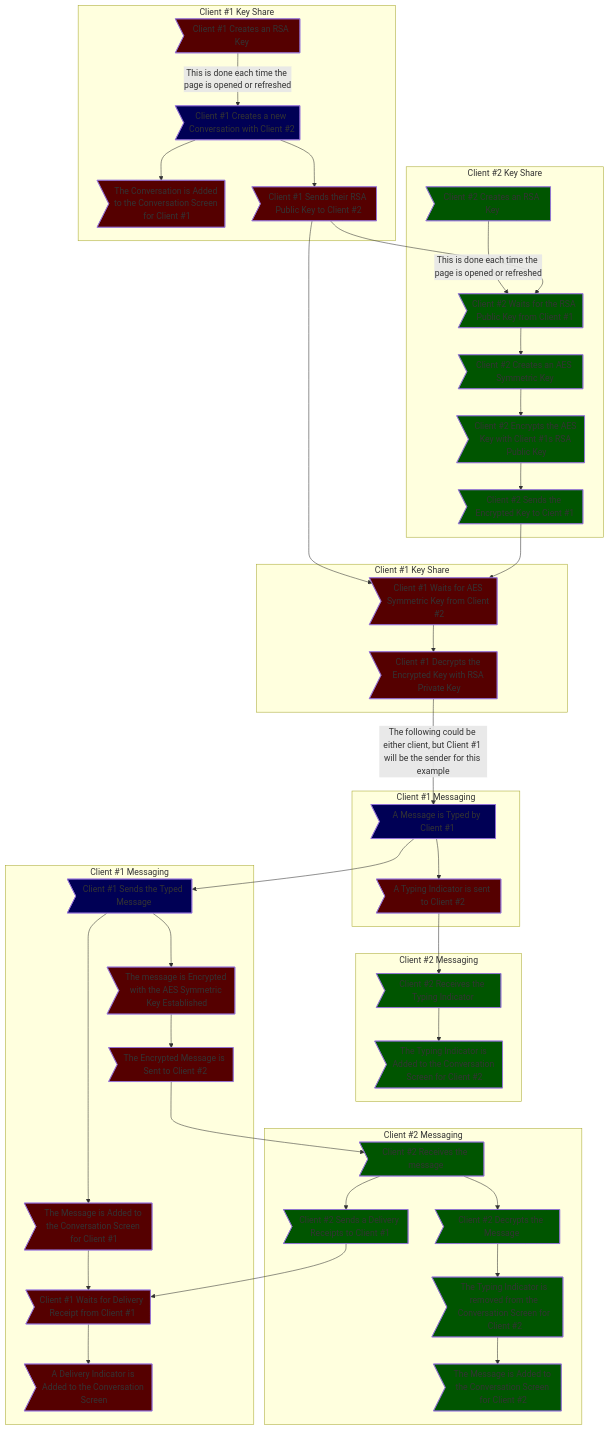
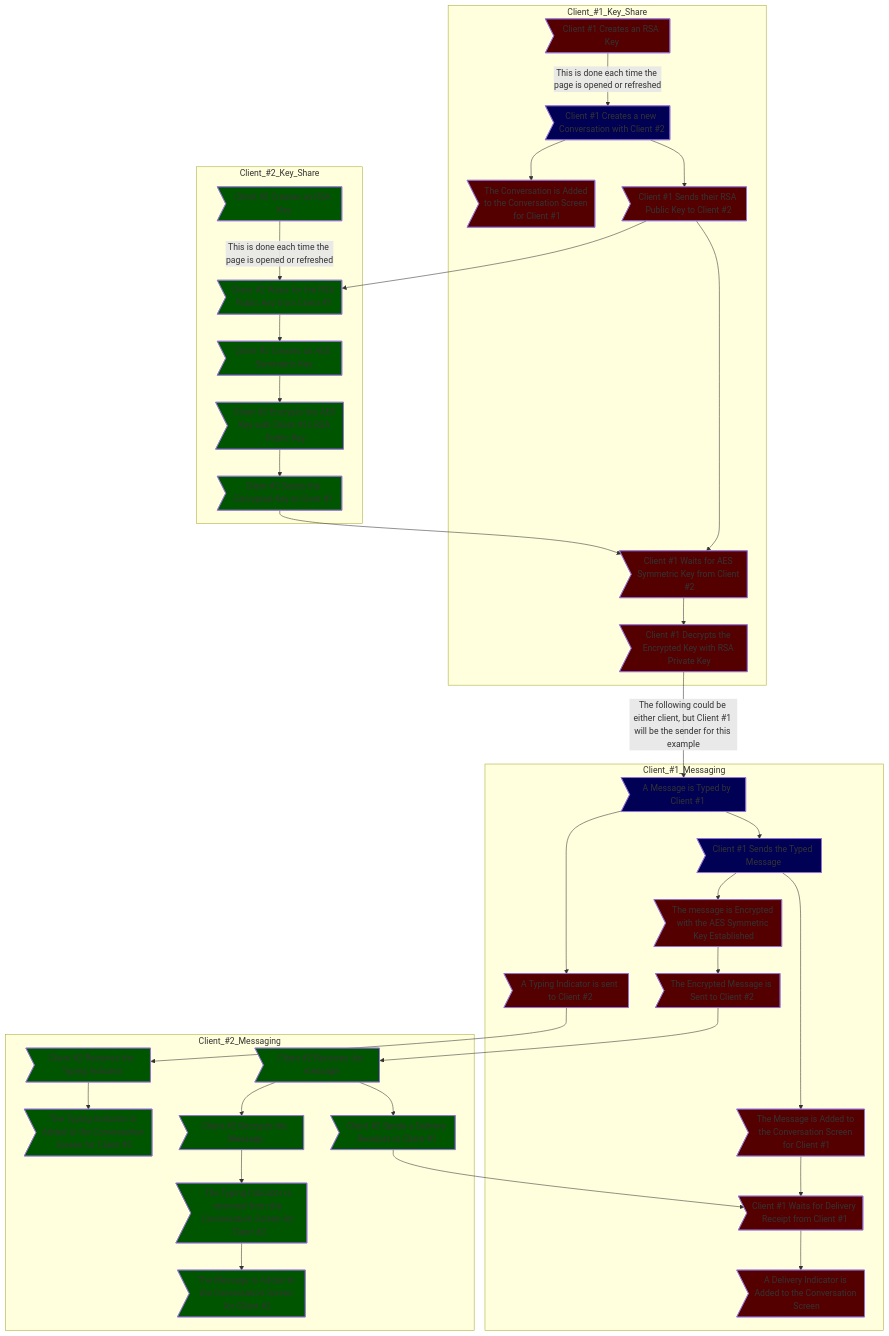
The diagram in README.md (xXCrash2BomberXx/TinyChat), drawn with Mermaid before and after one commit.

````diff
--- a/README.md
+++ b/README.md
@@ -95,51 +95,51 @@
 ```mermaid
 graph TB;
-  subgraph "Client #1 Key Share"
+  subgraph Client_#1_Key_Share
   A>Client #1 Creates an RSA Key] --> |This is done each time the page is opened or refreshed| B>Client #1 Creates a new Conversation with Client #2];
   B --> D>The Conversation is Added to the Conversation Screen for Client #1];
   B --> E>Client #1 Sends their RSA Public Key to Client #2];
   end
-  subgraph "Client #2 Key Share"
+  subgraph Client_#2_Key_Share
   F>Client #2 Creates an RSA Key] --> |This is done each time the page is opened or refreshed| G>Client #2 Waits for the RSA Public Key from Client #1];
   E --> G;
   G --> H>Client #2 Creates an AES Symmetric Key];
   H -->I>Client #2 Encrypts the AES Key with Client #1s RSA Public Key];
   I -->J>Client #2 Sends the Encrypted Key to Cient #1];
   end
-  subgraph "Client #1 Key Share"
+  subgraph Client_#1_Key_Share
   E --> K>Client #1 Waits for AES Symmetric Key from Client #2];
   J --> K;
   K --> L>Client #1 Decrypts the Encrypted Key with RSA Private Key];
   end
   L --> |The following could be either client, but Client #1 will be the sender for this example| M>A Message is Typed by Client #1];
-  subgraph "Client #1 Messaging"
+  subgraph Client_#1_Messaging
   M --> W>A Typing Indicator is sent to Client #2];
   end
-  subgraph "Client #2 Messaging"
+  subgraph Client_#2_Messaging
   W --> X>Client #2 Receives the Typing Indicator];
   X --> Y>The Typing Indicator is Added to the Conversation Screen for Client #2];
   end
-  subgraph "Client #1 Messaging"
+  subgraph Client_#1_Messaging
   M --> Z>Client #1 Sends the Typed Message];
   Z --> N>The message is Encrypted with the AES Symmetric Key Established];
   N --> O>The Encrypted Message is Sent to Client #2];
   Z --> Q>The Message is Added to the Conversation Screen for Client #1];
   Q --> R>Client #1 Waits for Delivery Receipt from Client #1];
   R --> V>A Delivery Indicator is Added to the Conversation Screen];
   end
-  subgraph "Client #2 Messaging"
+  subgraph Client_#2_Messaging
   O --> P>Client #2 Receives the message];
   P --> S>Client #2 Decrypts the Message];
   S --> C>The Typing Indicator is removed from the Conversation Screen for Client #2];
   C --> T>The Message is Added to the Conversation Screen for Client #2];
   P --> U>Client #2 Sends a Delivery Receipts to Client #1];
   U --> R;
   end
 
   classDef c1 fill:#500
   classDef c2 fill:#050
   classDef user fill:#005
   class A,C,D,E,K,L,M,N,O,Q,R,V,W c1;
   class F,G,H,I,J,P,S,T,U,X,Y,C c2;
   class B,M,Z user;
 ```
````
